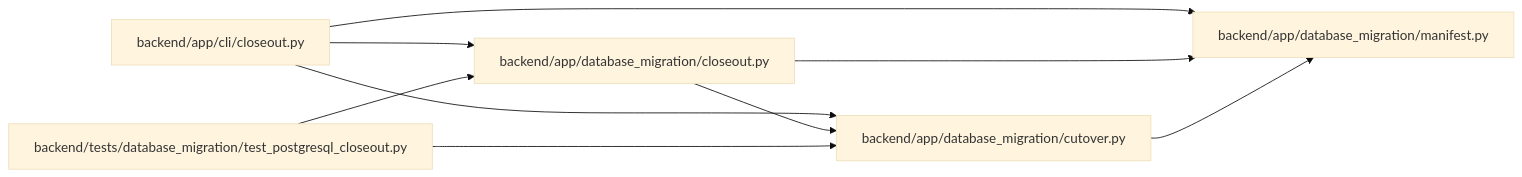
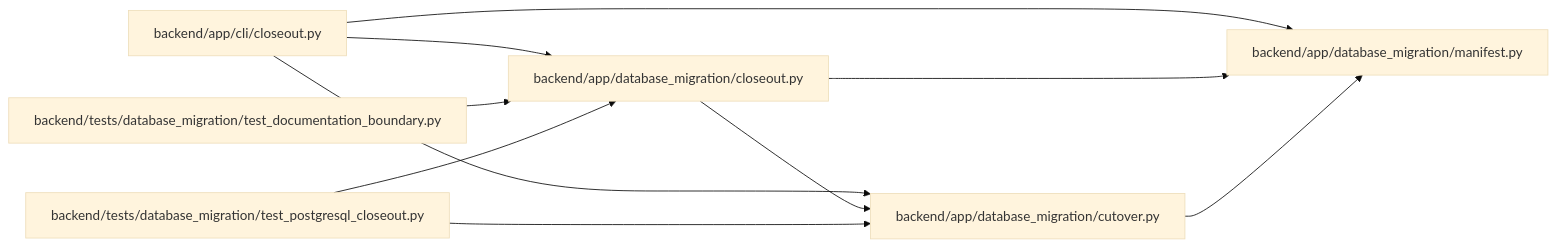
Before and after one commit to Denissvgn/WorkChord: the diagram in docs/llm_wiki/modules/database_migration_closeout.md, drawn with Mermaid (base theme). The commit also changed other lines of this file and 1888 other files, not shown here.

````diff
--- a/docs/llm_wiki/modules/database_migration_closeout.md
+++ b/docs/llm_wiki/modules/database_migration_closeout.md
@@ -36,21 +30,24 @@
 ```mermaid
 flowchart LR
     n0["backend/app/cli/closeout.py"]
     n1["backend/app/database_migration/closeout.py"]
     n2["backend/app/database_migration/cutover.py"]
     n3["backend/app/database_migration/manifest.py"]
-    n4["backend/tests/database_migration/test_postgresql_closeout.py"]
+    n4["backend/tests/database_migration/test_documentation_boundary.py"]
+    n5["backend/tests/database_migration/test_postgresql_closeout.py"]
     n0 --> n1
     n0 --> n2
     n0 --> n3
     n1 --> n2
     n1 --> n3
     n2 --> n3
     n4 --> n1
-    n4 --> n2
+    n5 --> n1
+    n5 --> n2
     click n0 "../modules/cli_closeout.md"
     click n1 "../modules/database_migration_closeout.md"
     click n2 "../modules/database_migration_cutover.md"
     click n3 "../modules/database_migration_manifest.md"
-    click n4 "../modules/test_postgresql_closeout.md"
+    click n4 "../modules/test_documentation_boundary.md"
+    click n5 "../modules/test_postgresql_closeout.md"
 ```
````
